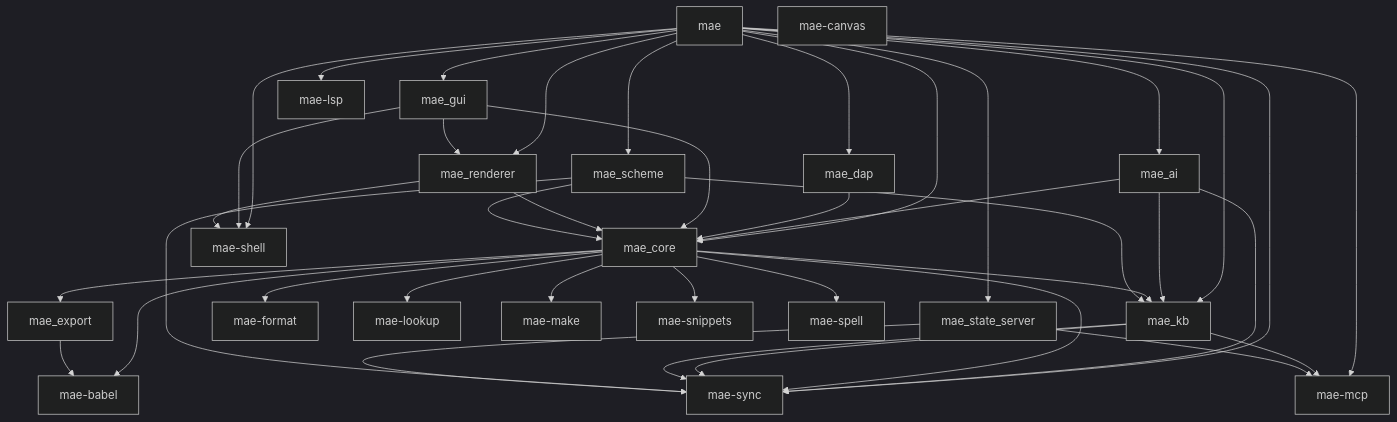
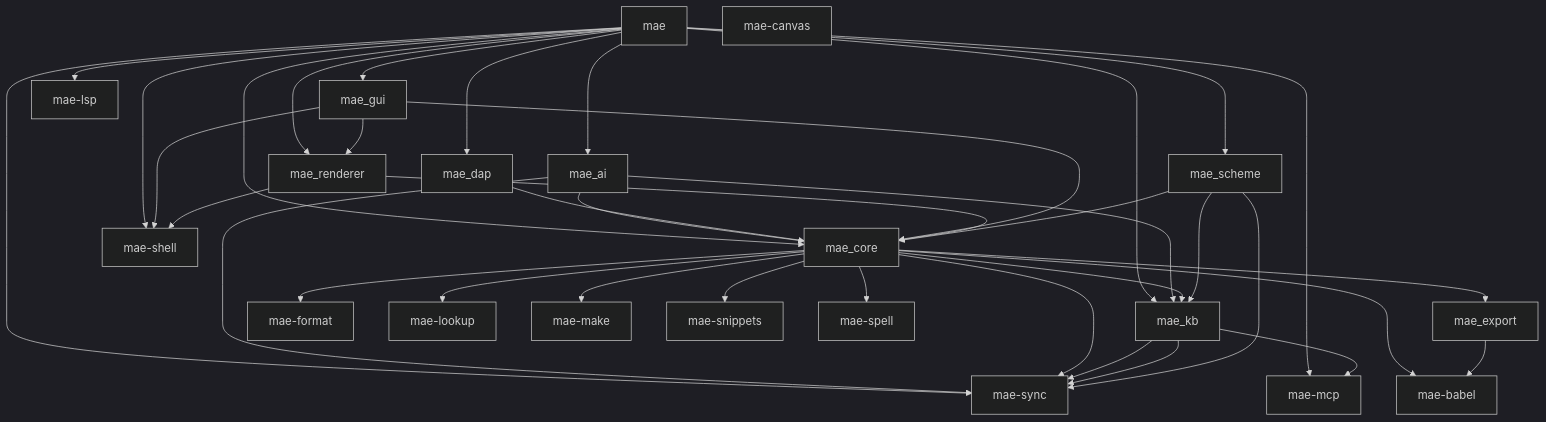
One commit to cuttlefisch/mae changed the diagram in docs/CODE_MAP.md. Above: the diagram before and after it, drawn with Mermaid (dark theme). The commit also changed other lines of this file and 89 other files, not shown here.

First line of the commit message:
fix(install): consolidate mae-state-server into mae-daemon + fix macOS bundle

````diff
--- a/docs/CODE_MAP.md
+++ b/docs/CODE_MAP.md
@@ -7,53 +7,50 @@
 ```mermaid
 graph TD
     mae --> mae_ai
     mae --> mae_core
     mae --> mae_dap
     mae --> mae_gui
     mae --> mae_kb
     mae --> mae_lsp
     mae --> mae_mcp
     mae --> mae_renderer
     mae --> mae_scheme
     mae --> mae_shell
-    mae --> mae_state_server
     mae --> mae_sync
     mae_ai --> mae_core
     mae_ai --> mae_kb
     mae_ai --> mae_sync
     mae_babel[mae-babel]
     mae_canvas[mae-canvas]
     mae_core --> mae_babel
     mae_core --> mae_export
     mae_core --> mae_format
     mae_core --> mae_kb
     mae_core --> mae_lookup
     mae_core --> mae_make
     mae_core --> mae_snippets
     mae_core --> mae_spell
     mae_core --> mae_sync
     mae_dap --> mae_core
     mae_export --> mae_babel
     mae_format[mae-format]
     mae_gui --> mae_core
     mae_gui --> mae_renderer
     mae_gui --> mae_shell
     mae_kb --> mae_mcp
     mae_kb --> mae_sync
     mae_kb --> mae_sync
     mae_lookup[mae-lookup]
     mae_lsp[mae-lsp]
     mae_make[mae-make]
     mae_mcp[mae-mcp]
     mae_renderer --> mae_core
     mae_renderer --> mae_shell
     mae_scheme --> mae_core
     mae_scheme --> mae_kb
     mae_scheme --> mae_sync
     mae_shell[mae-shell]
     mae_snippets[mae-snippets]
     mae_spell[mae-spell]
-    mae_state_server --> mae_mcp
-    mae_state_server --> mae_sync
     mae_sync[mae-sync]
 ```
````
